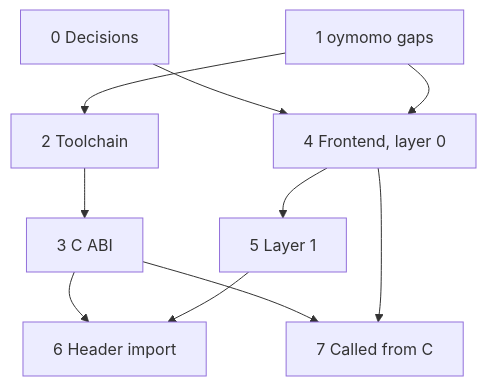
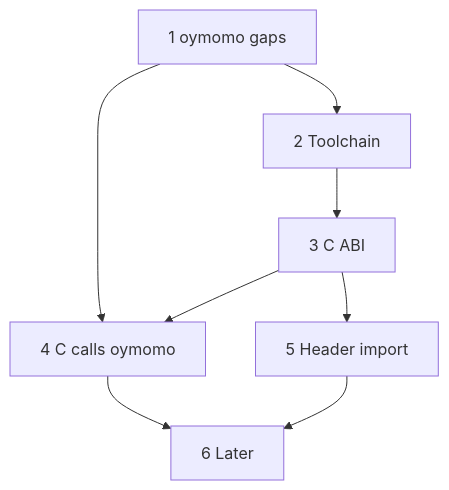
One commit to tapl-org/tapl changed the second of 2 diagrams in oymo/docs/plan_c_interop.md. Above: the diagram before and after it, drawn with Mermaid. The commit also changed other lines of this file and 3 other files, not shown here.

````diff
--- a/oymo/docs/plan_c_interop.md
+++ b/oymo/docs/plan_c_interop.md
@@ -199,12 +240,10 @@
 ```mermaid
 flowchart TD
-  P0["0 Decisions"] --> P4["4 Frontend, layer 0"]
   P1["1 oymomo gaps"] --> P2["2 Toolchain"]
   P2 --> P3["3 C ABI"]
-  P1 --> P4
-  P4 --> P5["5 Layer 1"]
-  P3 --> P6["6 Header import"]
+  P1 --> P4["4 C calls oymomo"]
+  P3 --> P4
+  P3 --> P5["5 Header import"]
+  P4 --> P6["6 Later"]
   P5 --> P6
-  P3 --> P7["7 Called from C"]
-  P4 --> P7
 ```
````
